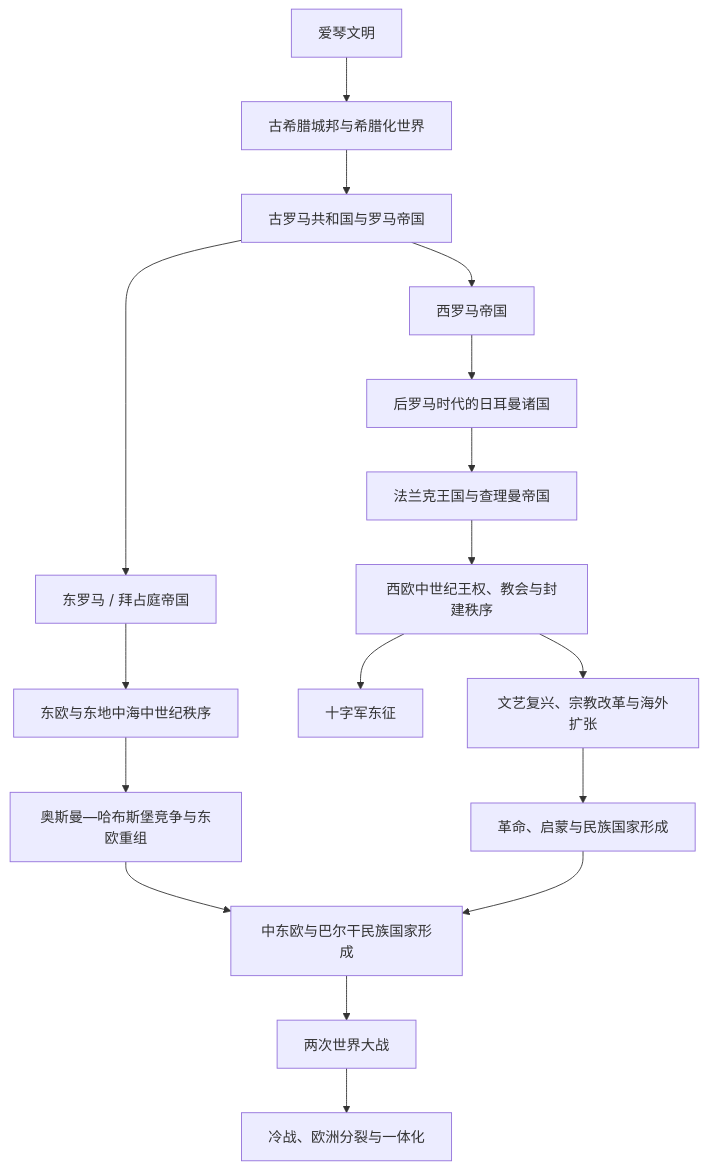
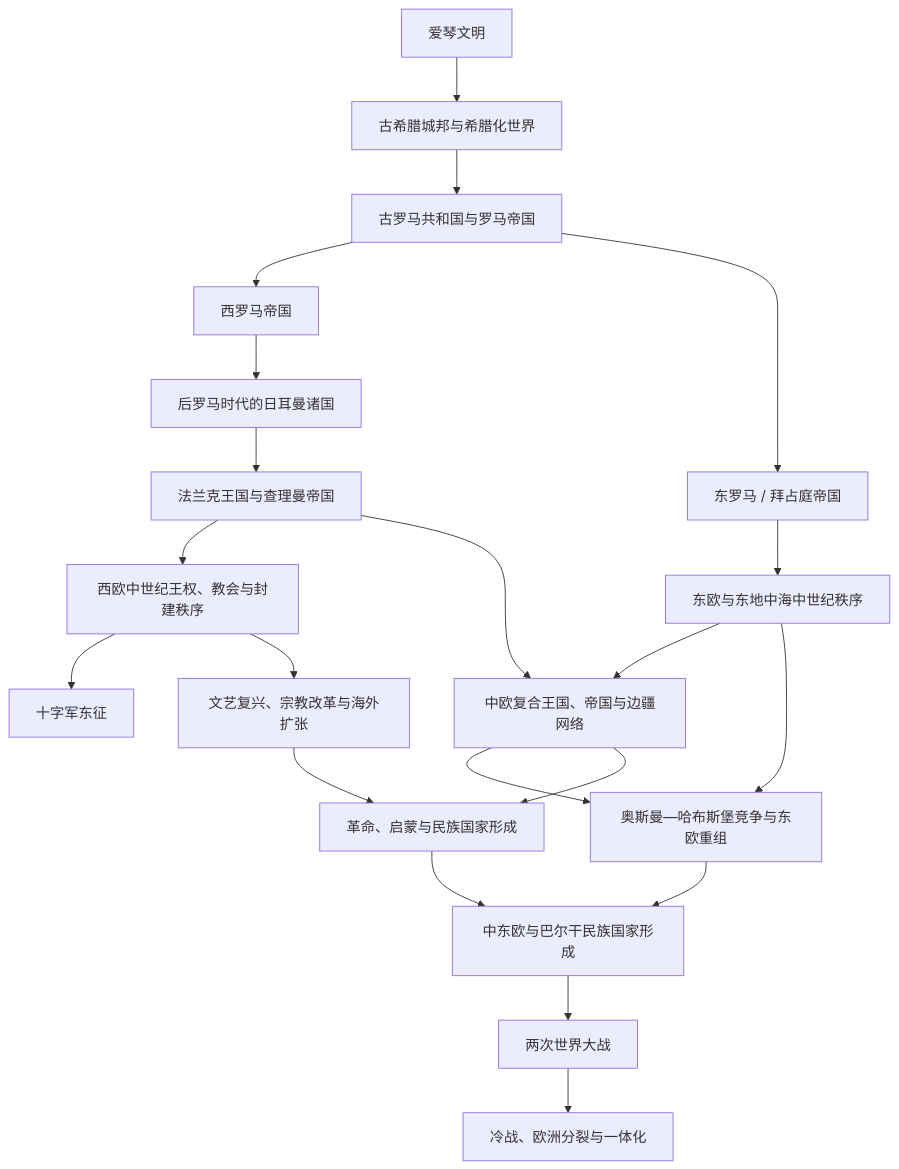
The diagram in 人文科学/历史/欧洲/_通史/README.md (tianlan-dev/learning-notes), drawn with Mermaid before and after one commit. The commit also changed other lines of this file and 180 other files, not shown here.

````diff
--- a/人文科学/历史/欧洲/_通史/README.md
+++ b/人文科学/历史/欧洲/_通史/README.md
@@ -13,19 +13,23 @@
 ```mermaid
 flowchart TD
     Aegean["爱琴文明"] --> Greek["古希腊城邦与希腊化世界"]
     Greek --> Rome["古罗马共和国与罗马帝国"]
     Rome --> WestRome["西罗马帝国"]
     Rome --> EastRome["东罗马 / 拜占庭帝国"]
     WestRome --> Germanic["后罗马时代的日耳曼诸国"]
     Germanic --> Frankish["法兰克王国与查理曼帝国"]
     EastRome --> MedievalEast["东欧与东地中海中世纪秩序"]
     Frankish --> MedievalWest["西欧中世纪王权、教会与封建秩序"]
+    Frankish --> CentralEurope["中欧复合王国、帝国与边疆网络"]
+    MedievalEast --> CentralEurope
     MedievalWest --> Crusades["十字军东征"]
     MedievalWest --> Renaissance["文艺复兴、宗教改革与海外扩张"]
     MedievalEast --> OttomanHabsburg["奥斯曼—哈布斯堡竞争与东欧重组"]
+    CentralEurope --> OttomanHabsburg
+    CentralEurope --> Revolutions
     Renaissance --> Revolutions["革命、启蒙与民族国家形成"]
     OttomanHabsburg --> Nations["中东欧与巴尔干民族国家形成"]
     Revolutions --> Nations
     Nations --> WorldWars["两次世界大战"]
     WorldWars --> ColdWar["冷战、欧洲分裂与一体化"]
 ```
````
